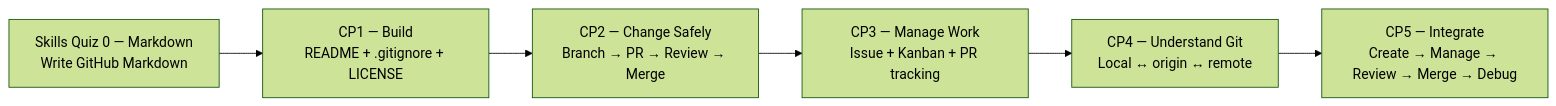
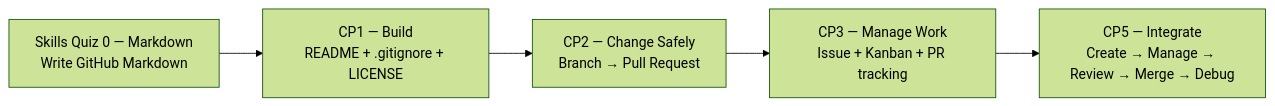
One commit to KLIS-CS/GitHub-Foundations changed the diagram in README.md. Above: the diagram before and after it, drawn with Mermaid (forest theme). The commit also changed other lines of this file, not shown here.

Commit message:
Update GitHub Foundations after removing CP4 local-remote checkpoint

````diff
--- a/README.md
+++ b/README.md
@@ -28,8 +27,7 @@
 ```mermaid
 flowchart LR
     SQ0["Skills Quiz 0 — Markdown\nWrite GitHub Markdown"] --> CP1["CP1 — Build\nREADME + .gitignore + LICENSE"]
-    CP1 --> CP2["CP2 — Change Safely\nBranch → PR → Review → Merge"]
+    CP1 --> CP2["CP2 — Change Safely\nBranch → Pull Request"]
     CP2 --> CP3["CP3 — Manage Work\nIssue + Kanban + PR tracking"]
-    CP3 --> CP4["CP4 — Understand Git\nLocal ↔ origin ↔ remote"]
-    CP4 --> CP5["CP5 — Integrate\nCreate → Manage → Review → Merge → Debug"]
+    CP3 --> CP5["CP5 — Integrate\nCreate → Manage → Review → Merge → Debug"]
 ```
````
